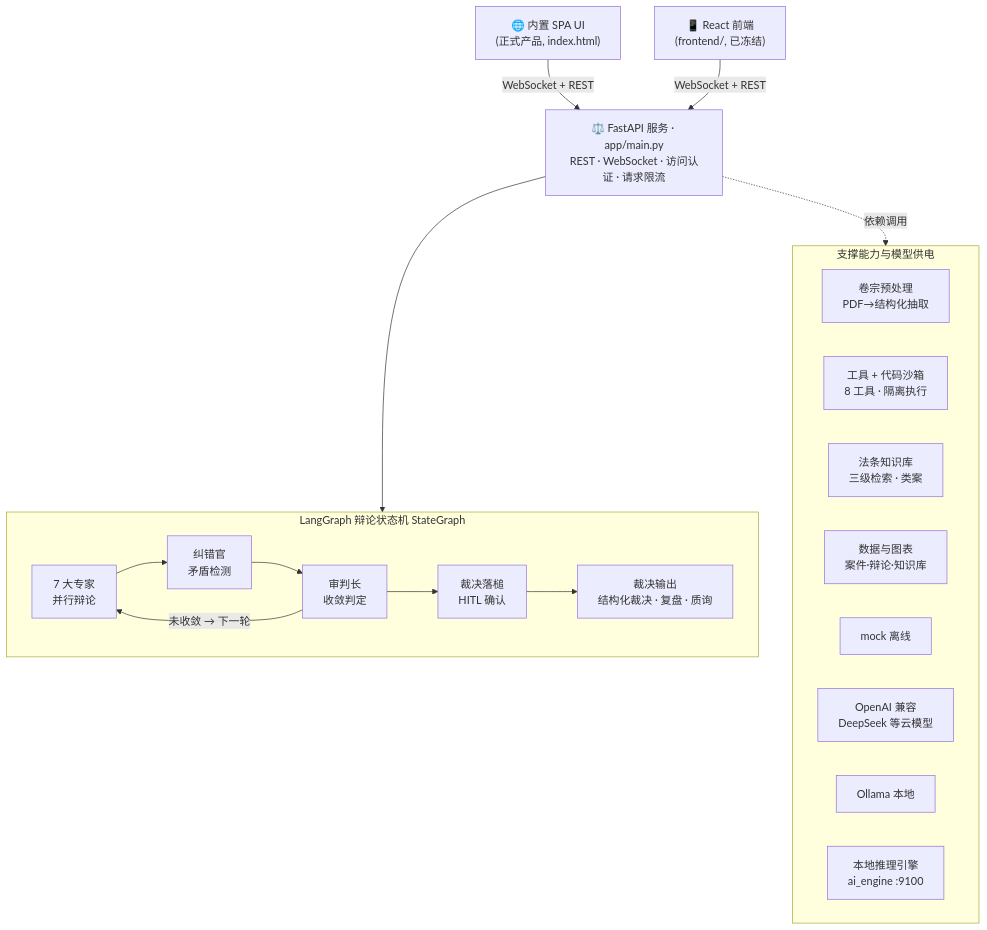
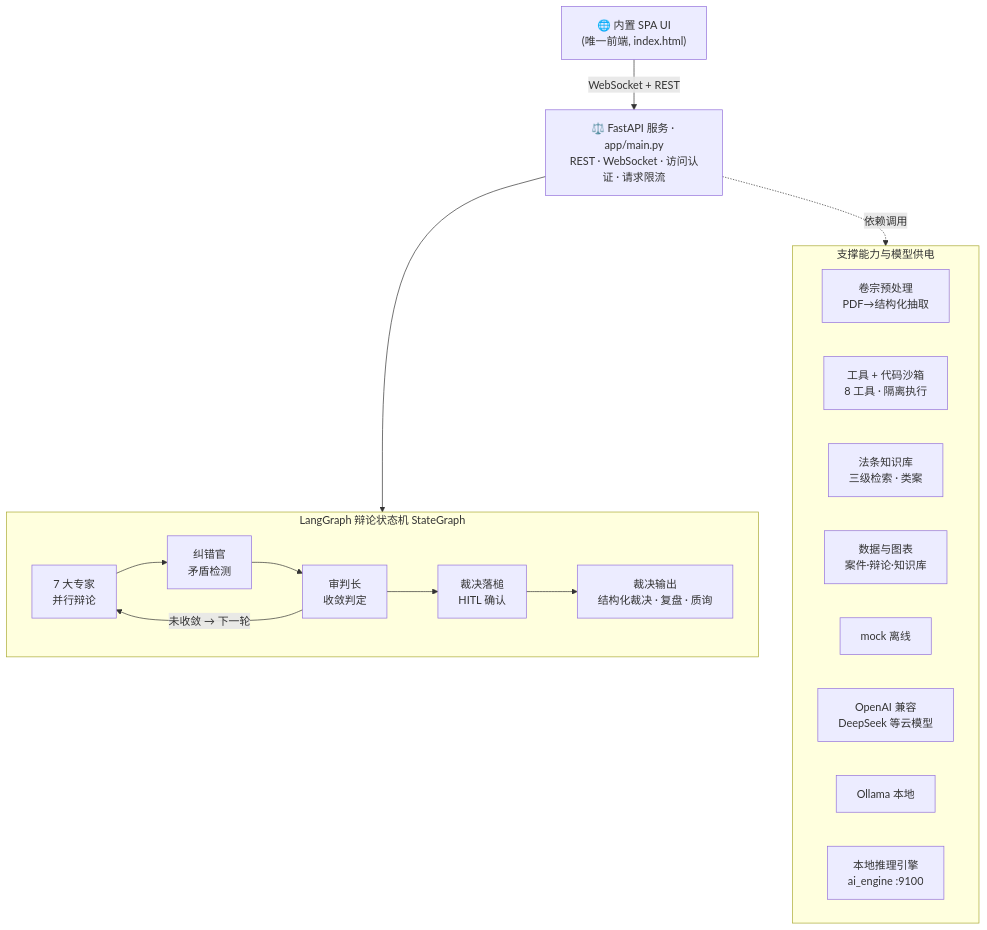
One commit to Morningstar202604/VerdictAI changed the diagram in README.md. Above: the diagram before and after it, drawn with Mermaid. The commit also changed other lines of this file and 65 other files, not shown here.

````diff
--- a/README.md
+++ b/README.md
@@ -212,32 +212,30 @@
 ```mermaid
 flowchart TB
-    UI1["🌐 内置 SPA UI<br/>(正式产品, index.html)"]
-    UI2["📱 React 前端<br/>(frontend/, 已冻结)"]
+    UI1["🌐 内置 SPA UI<br/>(唯一前端, index.html)"]
     API["⚖️ FastAPI 服务 · app/main.py<br/>REST · WebSocket · 访问认证 · 请求限流"]
 
     UI1 -->|WebSocket + REST| API
-    UI2 -->|WebSocket + REST| API
 
     subgraph GRAPH["LangGraph 辩论状态机 StateGraph"]
         direction LR
         E1["7 大专家<br/>并行辩论"] --> E2["纠错官<br/>矛盾检测"]
         E2 --> E3["审判长<br/>收敛判定"]
         E3 -->|未收敛 → 下一轮| E1
         E3 --> E4["裁决落槌<br/>HITL 确认"]
         E4 --> V["裁决输出<br/>结构化裁决 · 复盘 · 质询"]
     end
     API --> GRAPH
 
     subgraph SUPPORT["支撑能力与模型供电"]
         direction LR
         S1["卷宗预处理<br/>PDF→结构化抽取"]
         S2["工具 + 代码沙箱<br/>8 工具 · 隔离执行"]
         S3["法条知识库<br/>三级检索 · 类案"]
         S4["数据与图表<br/>案件·辩论·知识库"]
         M1["mock 离线"]
         M2["OpenAI 兼容<br/>DeepSeek 等云模型"]
         M3["Ollama 本地"]
         M4["本地推理引擎<br/>ai_engine :9100"]
     end
     API -. 依赖调用 .-> SUPPORT
 ```
````
